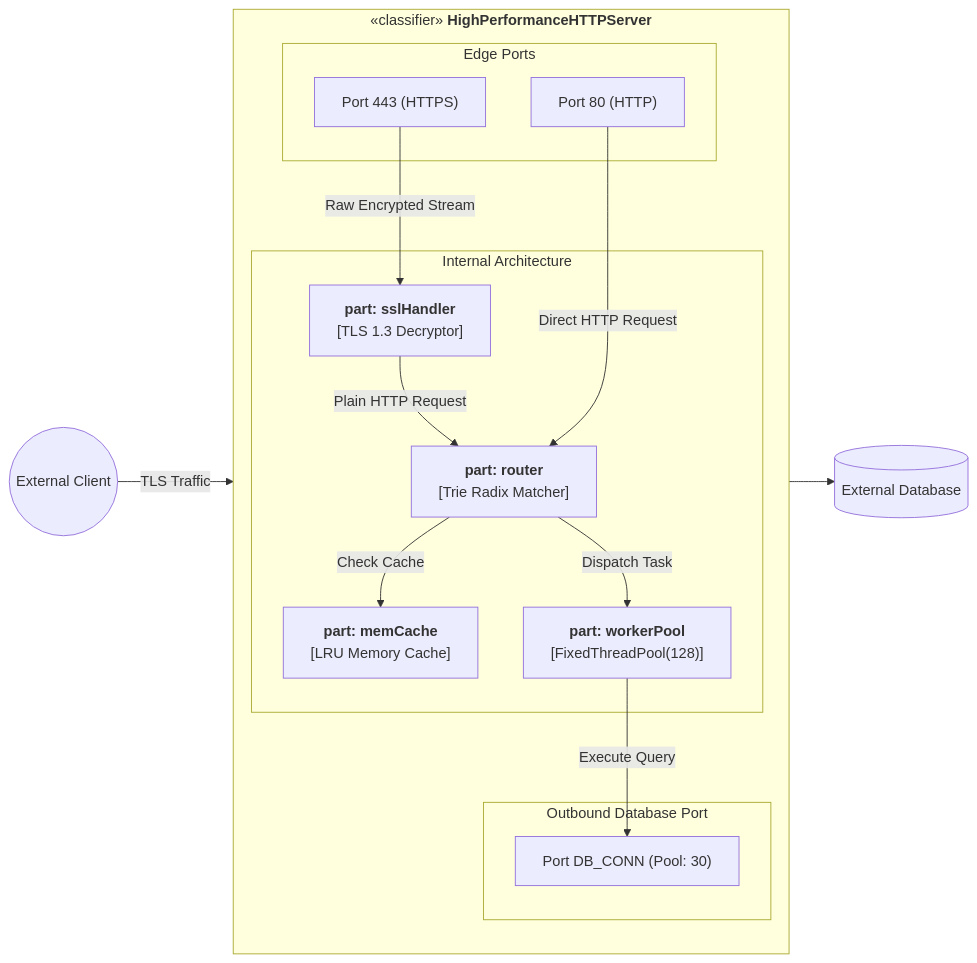
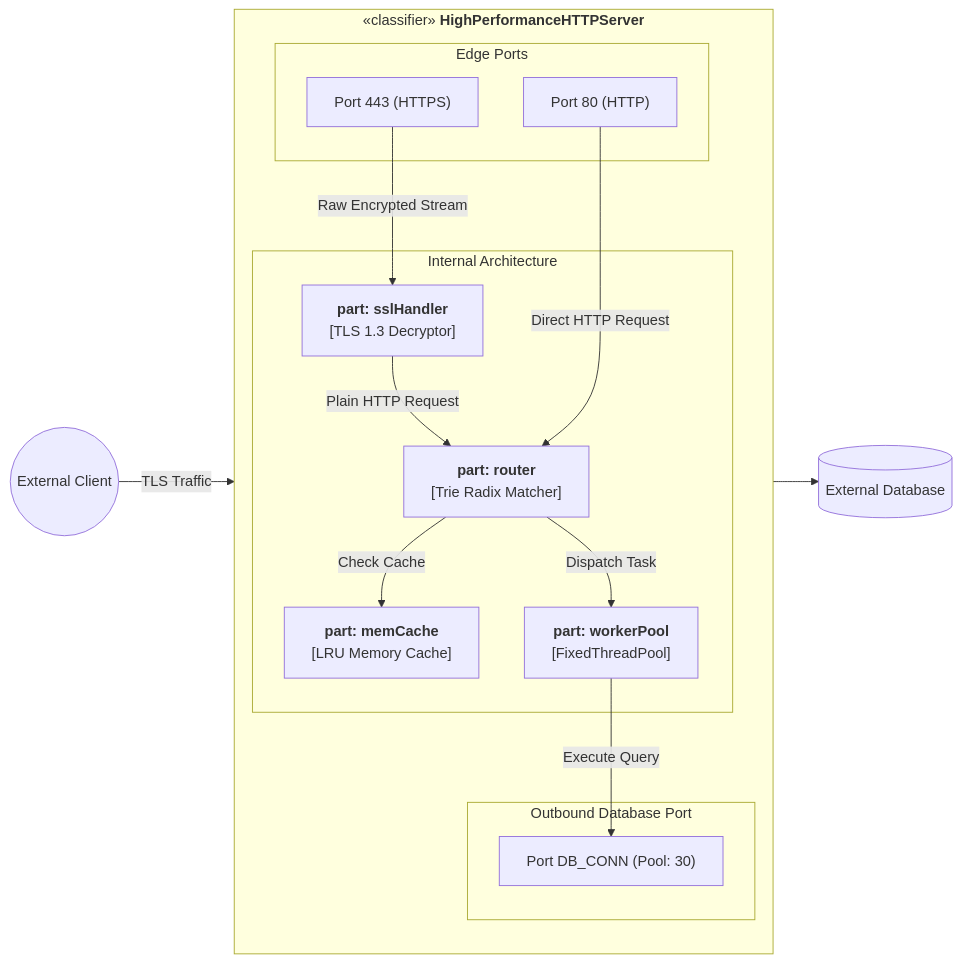
One commit to kuranne/CSTU40 changed the sixth of 15 diagrams in Year 2/Semester 1/CS261 - Software Engineering/Lectures/Diagram.md. Above: the diagram before and after it, drawn with Mermaid. The commit also changed other lines of this file and 83 other files, not shown here.

````diff
--- a/Year 2/Semester 1/CS261 - Software Engineering/Lectures/Diagram.md
+++ b/Year 2/Semester 1/CS261 - Software Engineering/Lectures/Diagram.md
@@ -378,33 +378,33 @@
 ```mermaid
 flowchart LR
     subgraph HTTPServerClassifier ["«classifier» <b>HighPerformanceHTTPServer</b>"]
         direction TB
 
         subgraph Ports ["Edge Ports"]
             Port80["Port 80 (HTTP)"]
             Port443["Port 443 (HTTPS)"]
         end
 
         subgraph InternalEngine ["Internal Architecture"]
             SSLEngine["<b>part: sslHandler</b><br/>[TLS 1.3 Decryptor]"]
             RequestRouter["<b>part: router</b><br/>[Trie Radix Matcher]"]
-            ThreadPool["<b>part: workerPool</b><br/>[FixedThreadPool(128)]"]
+            ThreadPool["<b>part: workerPool</b><br/>[FixedThreadPool]"]
             CacheLayer["<b>part: memCache</b><br/>[LRU Memory Cache]"]
         end
 
         subgraph OutboundPorts ["Outbound Database Port"]
             PortDB["Port DB_CONN (Pool: 30)"]
         end
 
         Port443 -->|Raw Encrypted Stream| SSLEngine
         SSLEngine -->|Plain HTTP Request| RequestRouter
         Port80 -->|Direct HTTP Request| RequestRouter
 
         RequestRouter -->|Check Cache| CacheLayer
         RequestRouter -->|Dispatch Task| ThreadPool
         ThreadPool -->|Execute Query| PortDB
     end
 
     ClientDevice(("External Client")) -->|TLS Traffic| Port443
     PortDB --> DatabaseNode[("External Database")]
 ```
````
